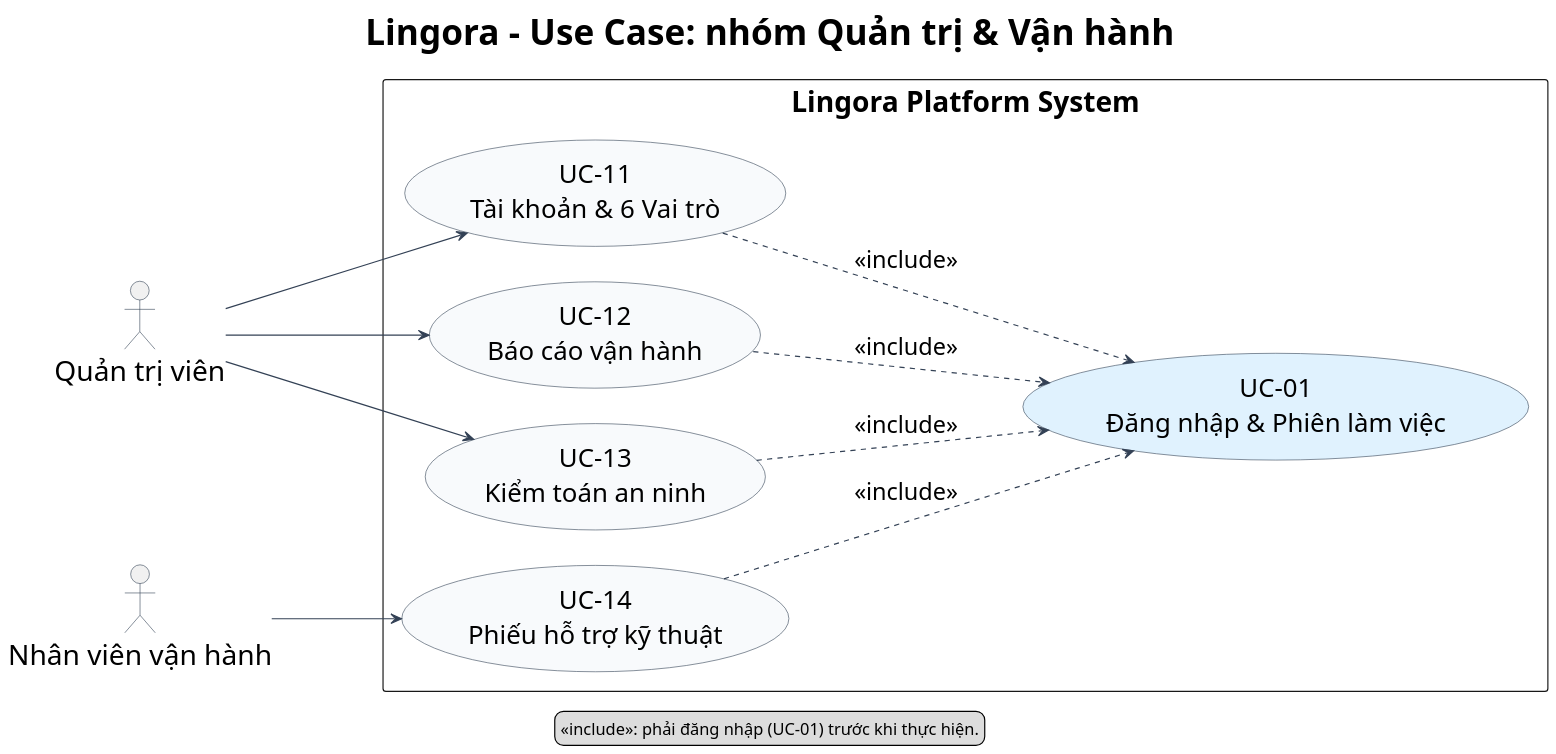
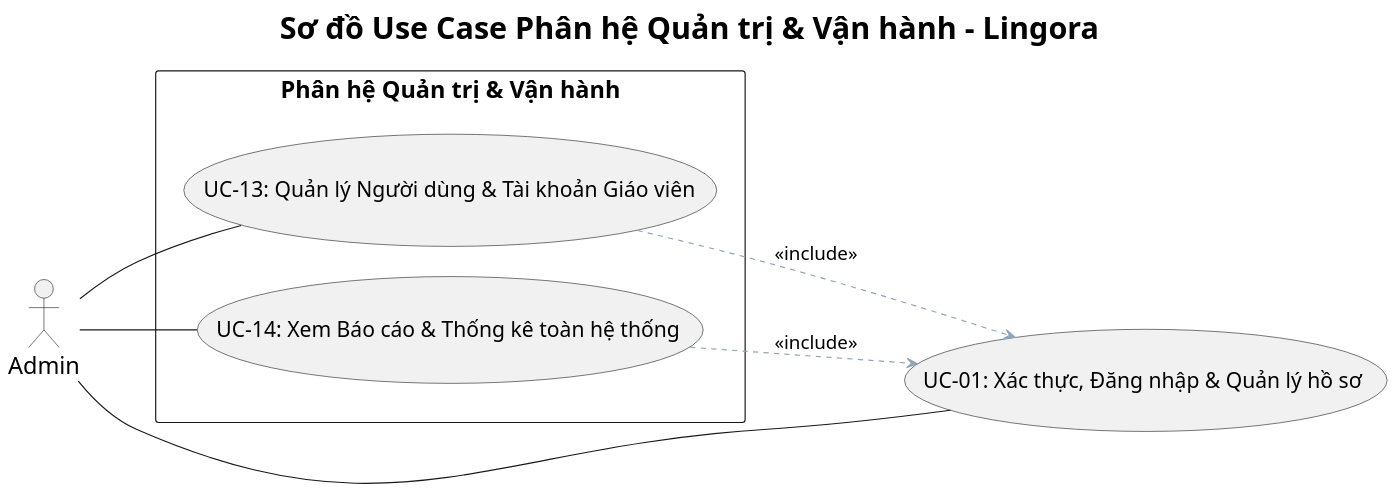
One commit to PhamNguyenThanhTung/lingora-workspace changed the diagram in docs/diagrams/lingora-modeling/src/04-usecase-quan-tri-van-hanh.puml. Above: the diagram before and after it, drawn with PlantUML. The commit also changed 17 other files, not shown here.

Commit message:
docs(diagrams): remove obsolete actors and sync all usecase diagrams with 14 UC baseline

```diff
--- a/docs/diagrams/lingora-modeling/src/04-usecase-quan-tri-van-hanh.puml
+++ b/docs/diagrams/lingora-modeling/src/04-usecase-quan-tri-van-hanh.puml
@@ -1,42 +1,38 @@
-@startuml 04-usecase-quan-tri-van-hanh
-title Lingora - Use Case: nhóm Quản trị & Vận hành
-left to right direction
+@startuml
 skinparam dpi 150
 skinparam defaultFontName Arial
-skinparam defaultFontSize 24
-skinparam titleFontSize 30
-skinparam ArrowFontSize 20
-skinparam ActorFontSize 24
-skinparam UsecaseFontSize 22
+skinparam defaultFontSize 20
+skinparam titleFontSize 26
+skinparam ArrowFontSize 16
+skinparam UsecaseFontSize 18
+skinparam ActorFontSize 20
 skinparam shadowing false
-skinparam nodesep 30
-skinparam ranksep 110
-skinparam ArrowColor #334155
-skinparam ActorBorderColor #334155
-skinparam UsecaseBorderColor #334155
-skinparam UsecaseBackgroundColor #F8FAFC
+skinparam nodesep 25
+skinparam ranksep 80
 
-actor "Quản trị viên" as Admin
-actor "Nhân viên vận hành" as Ops
+left to right direction
+title Sơ đồ Use Case Phân hệ Quản trị & Vận hành - Lingora
 
-rectangle "Lingora Platform System" {
-  usecase "UC-01\nĐăng nhập & Phiên làm việc" as UC01 #E0F2FE
-  usecase "UC-11\nTài khoản & 6 Vai trò" as UC11
-  usecase "UC-12\nBáo cáo vận hành" as UC12
-  usecase "UC-13\nKiểm toán an ninh" as UC13
-  usecase "UC-14\nPhiếu hỗ trợ kỹ thuật" as UC14
+actor "Admin" as Admin
+
+rectangle "Phân hệ Quản trị & Vận hành" as P_Admin {
+    usecase "UC-13: Quản lý Người dùng & Tài khoản Giáo viên" as UC_13
+    usecase "UC-14: Xem Báo cáo & Thống kê toàn hệ thống" as UC_14
+    
+    UC_13 -[hidden]right-> UC_14
 }
 
-Admin --> UC11
-Admin --> UC12
-Admin --> UC13
-Ops --> UC14
-UC11 ..> UC01 : <<include>>
-UC12 ..> UC01 : <<include>>
-UC13 ..> UC01 : <<include>>
-UC14 ..> UC01 : <<include>>
+usecase "UC-01: Xác thực, Đăng nhập & Quản lý hồ sơ" as UC_01
 
-legend bottom
-  <<include>>: phải đăng nhập (UC-01) trước khi thực hiện.
-end legend
+P_Admin -[hidden]down-> UC_01
+
+' Liên kết Actor với Use Case (đường nét liền, KHÔNG mũi tên)
+Admin -- UC_01
+Admin -- UC_13
+Admin -- UC_14
+
+' Quan hệ Include
+UC_13 .[#94A3B8].> UC_01 : <<include>>
+UC_14 .[#94A3B8].> UC_01 : <<include>>
+
 @enduml
```
